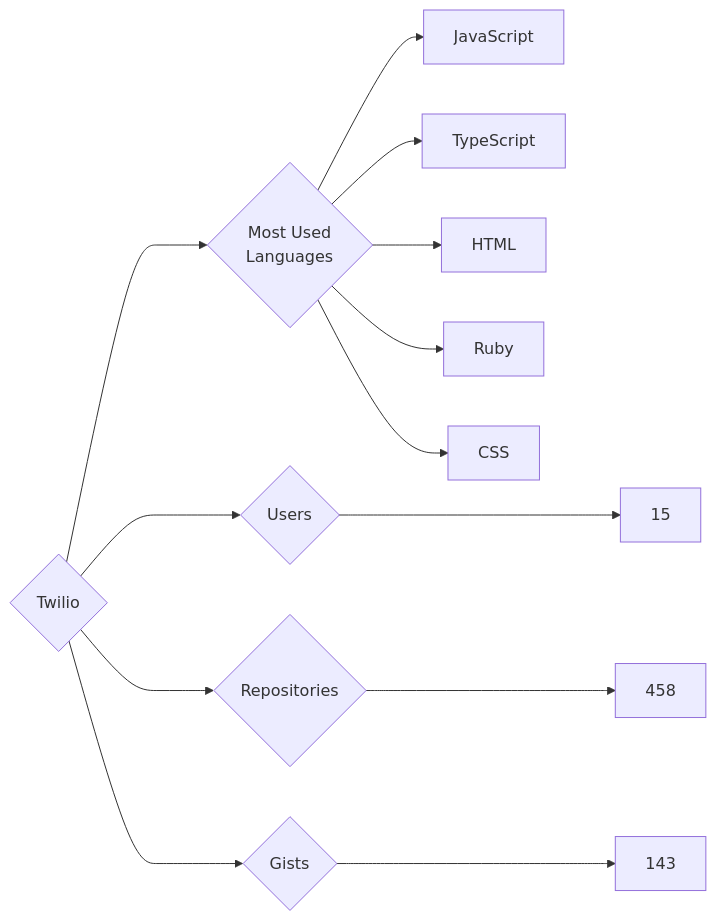
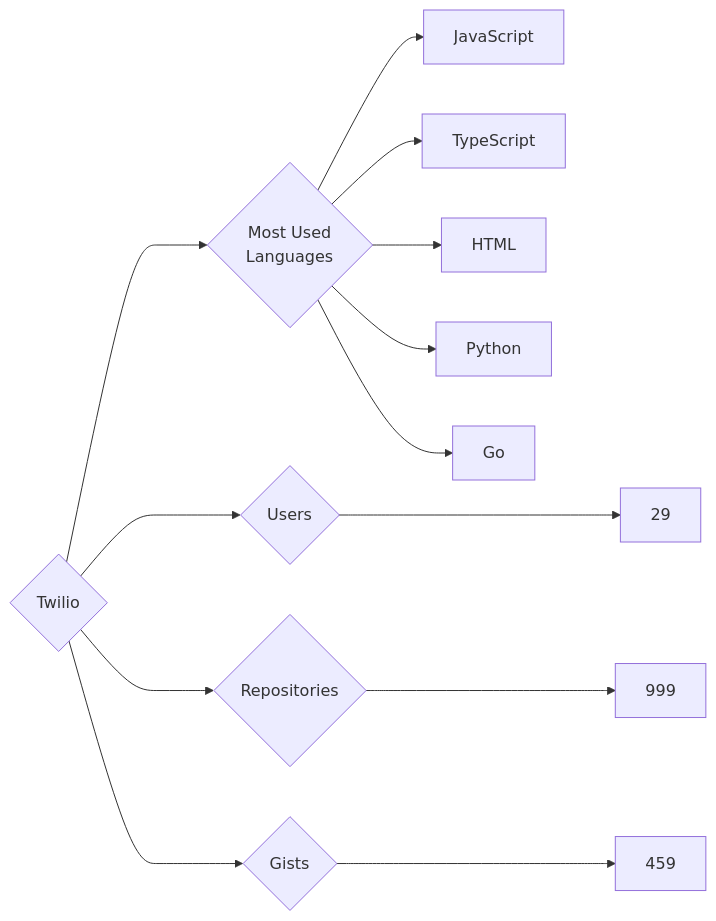
Before and after one commit to trickest/insiders: the diagram in targets/Twilio/README.md, drawn with Mermaid. The commit also changed 444 other files, not shown here.

````diff
--- a/targets/Twilio/README.md
+++ b/targets/Twilio/README.md
@@ -3,13 +3,13 @@
 ```mermaid
 graph LR
 COMPANY_NAME{Twilio}
-COMPANY_NAME ---> U{Users} ---> UN[15]
-COMPANY_NAME ---> R{Repositories} ---> RN[458]
-COMPANY_NAME ---> G{Gists} ---> GN[143]
+COMPANY_NAME ---> U{Users} ---> UN[29]
+COMPANY_NAME ---> R{Repositories} ---> RN[999]
+COMPANY_NAME ---> G{Gists} ---> GN[459]
 COMPANY_NAME ---> ML{Most Used<br>Languages}
 ML --> JavaScript[JavaScript]
 ML --> TypeScript[TypeScript]
 ML --> HTML[HTML]
-ML --> Ruby[Ruby]
-ML --> CSS[CSS]
+ML --> Python[Python]
+ML --> Go[Go]
 ```
````
